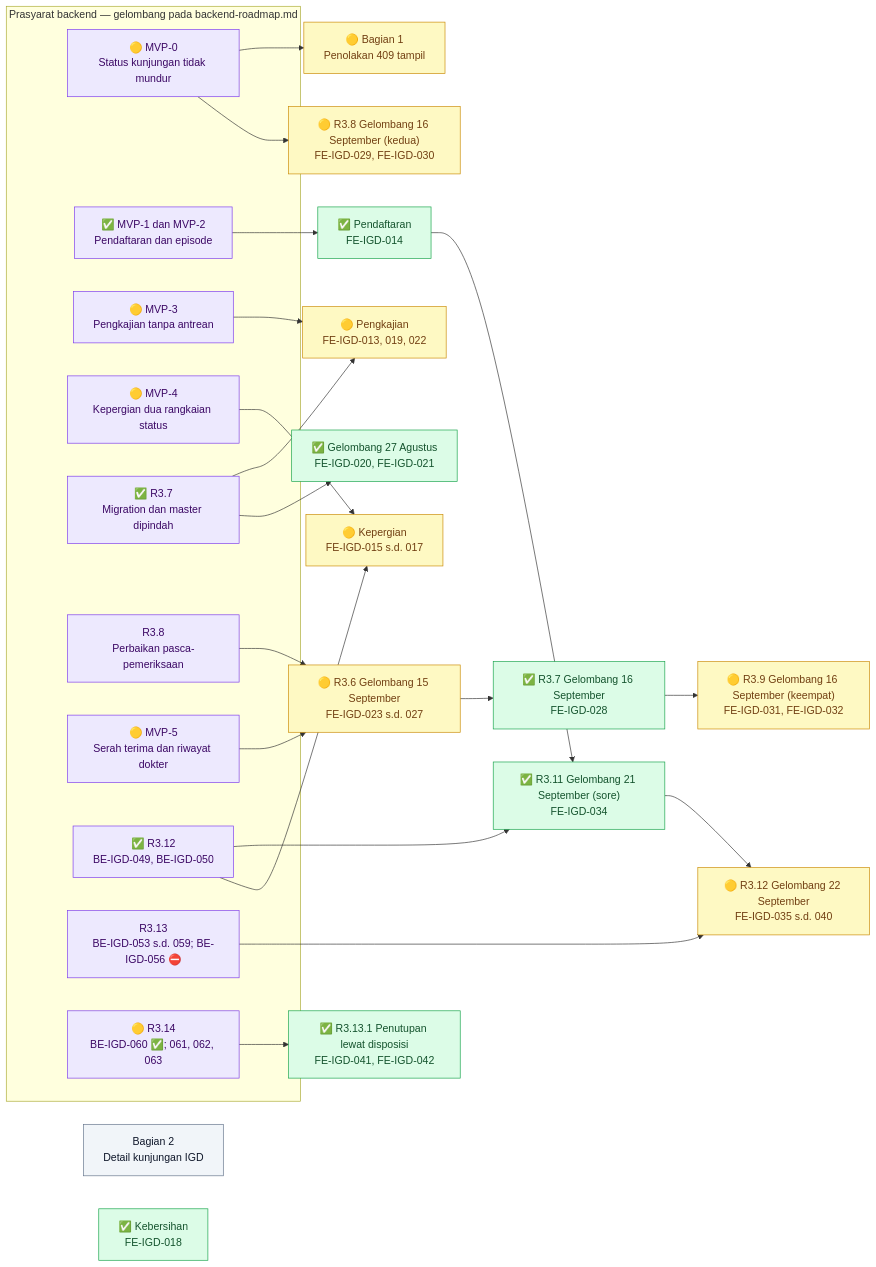
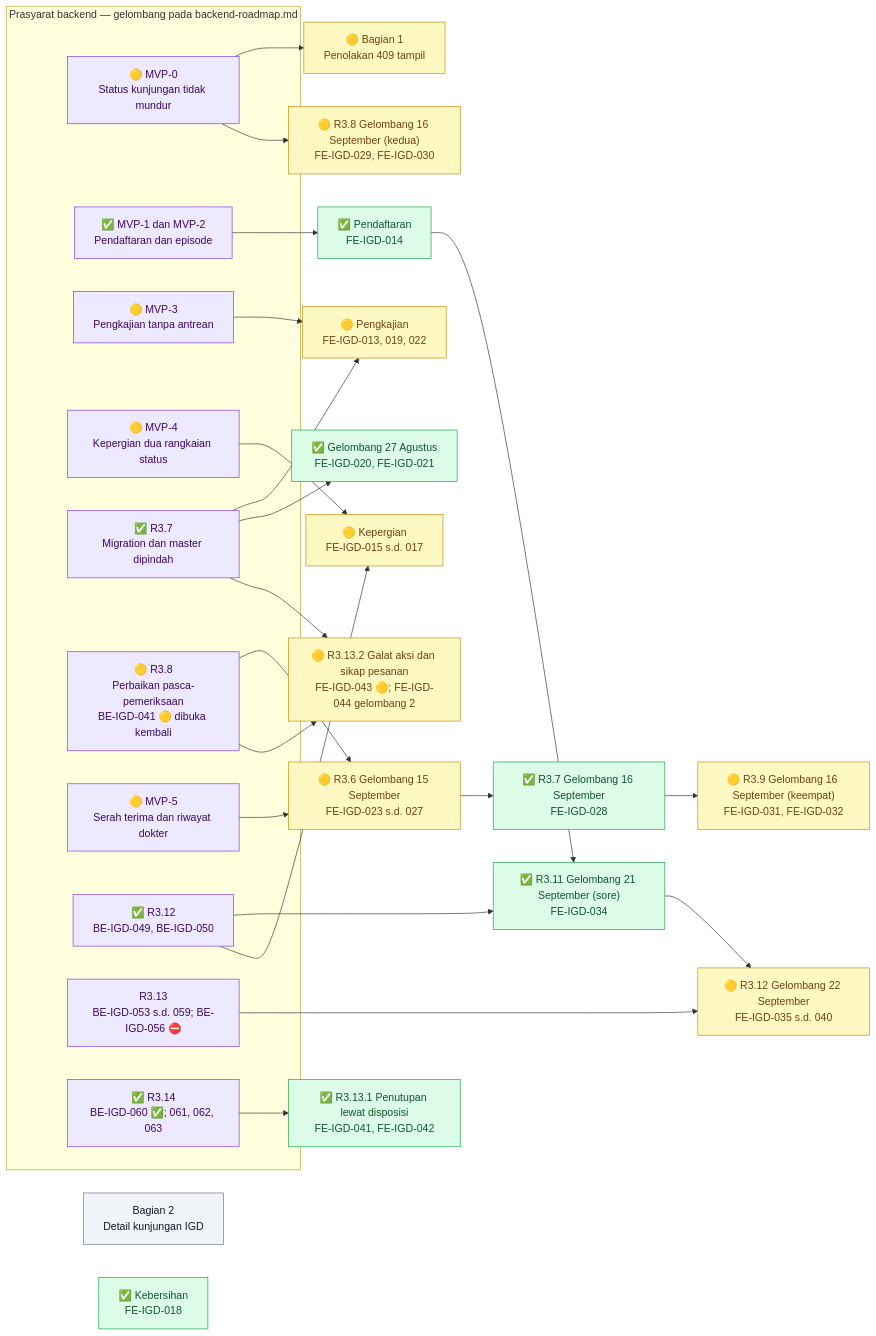
Before and after one commit to DevBenari/NewQuilvianSystemBackend: the first of 13 diagrams in docs/module-blueprints/igd/roadmap/frontend-roadmap.md, drawn with Mermaid. The commit also changed other lines of this file and 20 other files, not shown here.

Commit message:
update observation dan penutupan pasien igd

````diff
--- a/docs/module-blueprints/igd/roadmap/frontend-roadmap.md
+++ b/docs/module-blueprints/igd/roadmap/frontend-roadmap.md
@@ -75,54 +76,57 @@
 ```mermaid
 flowchart LR
     classDef selesai fill:#DCFCE7,stroke:#16A34A,color:#14532D
     classDef sebagian fill:#FEF9C3,stroke:#CA8A04,color:#713F12
     classDef terblokir fill:#FEE2E2,stroke:#DC2626,color:#7F1D1D
     classDef belum fill:#F1F5F9,stroke:#64748B,color:#0F172A
     classDef luar fill:#EDE9FE,stroke:#7C3AED,color:#3B0764
 
     subgraph backend["Prasyarat backend — gelombang pada backend-roadmap.md"]
         BMVP0["🟡 MVP-0<br/>Status kunjungan tidak mundur"]:::luar
         BMVP12["✅ MVP-1 dan MVP-2<br/>Pendaftaran dan episode"]:::luar
         BMVP3["🟡 MVP-3<br/>Pengkajian tanpa antrean"]:::luar
         BMVP4["🟡 MVP-4<br/>Kepergian dua rangkaian status"]:::luar
         BR37["✅ R3.7<br/>Migration dan master dipindah"]:::luar
-        BR38["R3.8<br/>Perbaikan pasca-pemeriksaan"]:::luar
+        BR38["🟡 R3.8<br/>Perbaikan pasca-pemeriksaan<br/>BE-IGD-041 🟡 dibuka kembali"]:::luar
         BMVP5["🟡 MVP-5<br/>Serah terima dan riwayat dokter"]:::luar
         BR312["✅ R3.12<br/>BE-IGD-049, BE-IGD-050"]:::luar
         BR313["R3.13<br/>BE-IGD-053 s.d. 059; BE-IGD-056 ⛔"]:::luar
-        BR314["🟡 R3.14<br/>BE-IGD-060 ✅; 061, 062, 063"]:::luar
+        BR314["✅ R3.14<br/>BE-IGD-060 ✅; 061, 062, 063"]:::luar
     end
 
     FMVP0["🟡 Bagian 1<br/>Penolakan 409 tampil"]:::sebagian
     FWARIS["Bagian 2<br/>Detail kunjungan IGD"]:::belum
     FDAFTAR["✅ Pendaftaran<br/>FE-IGD-014"]:::selesai
     FKAJI["🟡 Pengkajian<br/>FE-IGD-013, 019, 022"]:::sebagian
     FPERGI["🟡 Kepergian<br/>FE-IGD-015 s.d. 017"]:::sebagian
     FMASTER["✅ Gelombang 27 Agustus<br/>FE-IGD-020, FE-IGD-021"]:::selesai
     FBERSIH["✅ Kebersihan<br/>FE-IGD-018"]:::selesai
     FPASCA["🟡 R3.6 Gelombang 15 September<br/>FE-IGD-023 s.d. 027"]:::sebagian
     FPASCA2["✅ R3.7 Gelombang 16 September<br/>FE-IGD-028"]:::selesai
     FARRIVED["🟡 R3.8 Gelombang 16 September (kedua)<br/>FE-IGD-029, FE-IGD-030"]:::sebagian
     FTATA["🟡 R3.9 Gelombang 16 September (keempat)<br/>FE-IGD-031, FE-IGD-032"]:::sebagian
     FPRA["✅ R3.11 Gelombang 21 September (sore)<br/>FE-IGD-034"]:::selesai
     FENC["🟡 R3.12 Gelombang 22 September<br/>FE-IGD-035 s.d. 040"]:::sebagian
     FCLOSE["✅ R3.13.1 Penutupan lewat disposisi<br/>FE-IGD-041, FE-IGD-042"]:::selesai
+    FPESAN["🟡 R3.13.2 Galat aksi dan sikap pesanan<br/>FE-IGD-043 🟡; FE-IGD-044 gelombang 2"]:::sebagian
 
     BMVP0 --> FMVP0
     BMVP0 --> FARRIVED
     BMVP12 --> FDAFTAR
     BMVP3 --> FKAJI
     BR37 --> FKAJI
     BMVP4 --> FPERGI
     BR37 --> FMASTER
     BR38 --> FPASCA
     BMVP5 --> FPASCA
     FPASCA --> FPASCA2
     FPASCA2 --> FTATA
     BR312 --> FPRA
     BR312 --> FPERGI
     FDAFTAR --> FPRA
     BR313 --> FENC
     FPRA --> FENC
     BR314 --> FCLOSE
+    BR37 --> FPESAN
+    BR38 --> FPESAN
 ```
````
